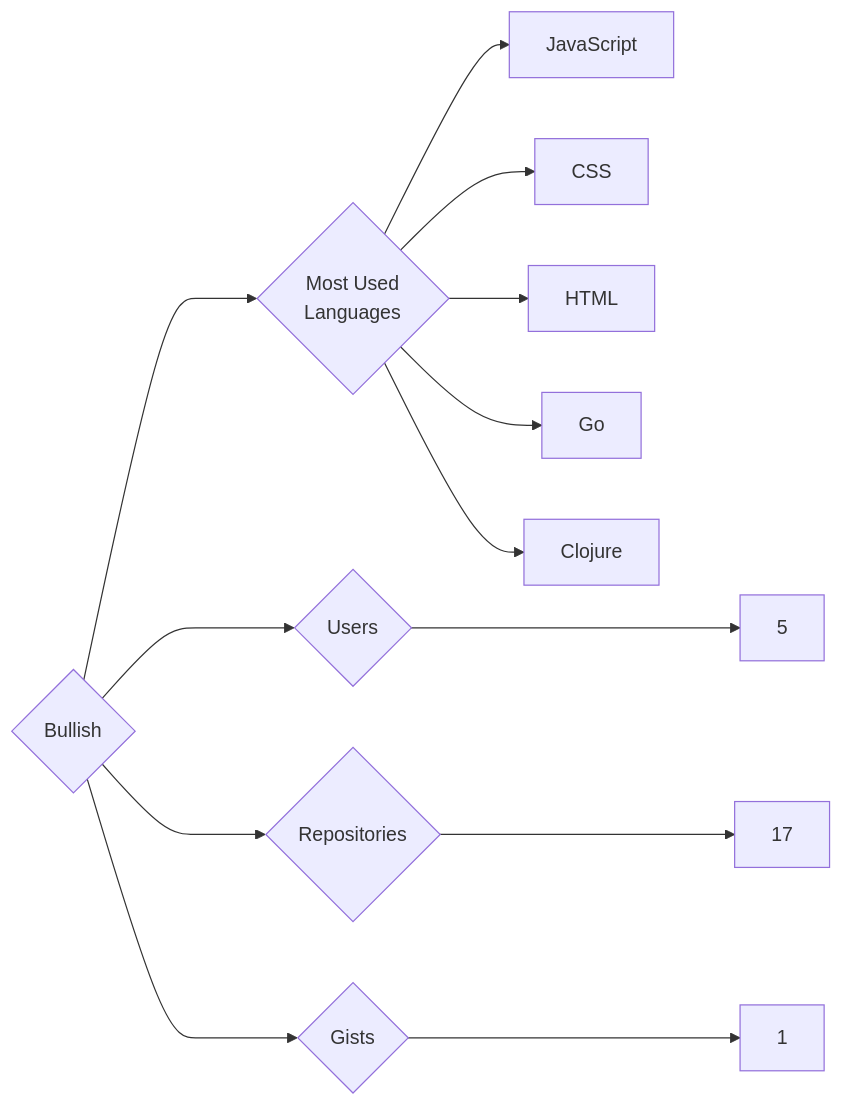
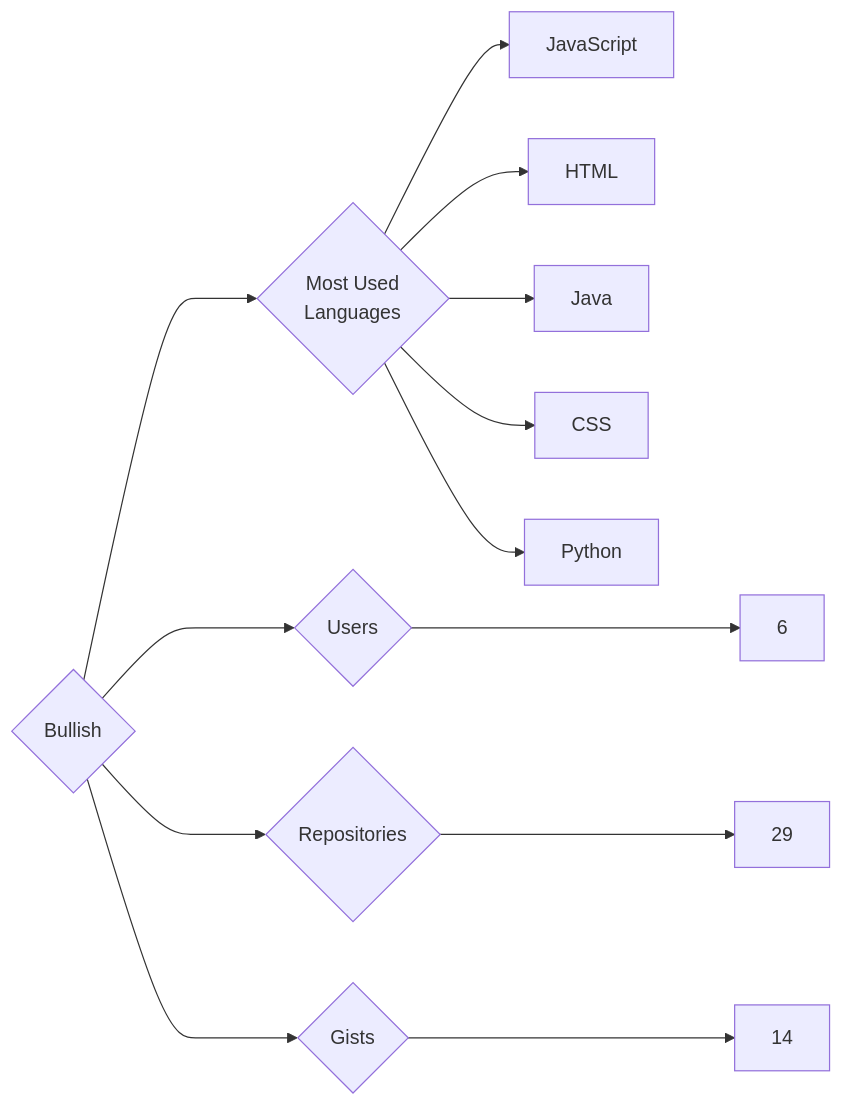
Before and after one commit to trickest/insiders: the diagram in targets/Bullish/README.md, drawn with Mermaid. The commit also changed 752 other files, not shown here.

````diff
--- a/targets/Bullish/README.md
+++ b/targets/Bullish/README.md
@@ -3,13 +3,13 @@
 ```mermaid
 graph LR
 COMPANY_NAME{Bullish}
-COMPANY_NAME ---> U{Users} ---> UN[5]
-COMPANY_NAME ---> R{Repositories} ---> RN[17]
-COMPANY_NAME ---> G{Gists} ---> GN[1]
+COMPANY_NAME ---> U{Users} ---> UN[6]
+COMPANY_NAME ---> R{Repositories} ---> RN[29]
+COMPANY_NAME ---> G{Gists} ---> GN[14]
 COMPANY_NAME ---> ML{Most Used<br>Languages}
 ML --> JavaScript[JavaScript]
+ML --> HTML[HTML]
+ML --> Java[Java]
 ML --> CSS[CSS]
-ML --> HTML[HTML]
-ML --> Go[Go]
-ML --> Clojure[Clojure]
+ML --> Python[Python]
 ```
````
